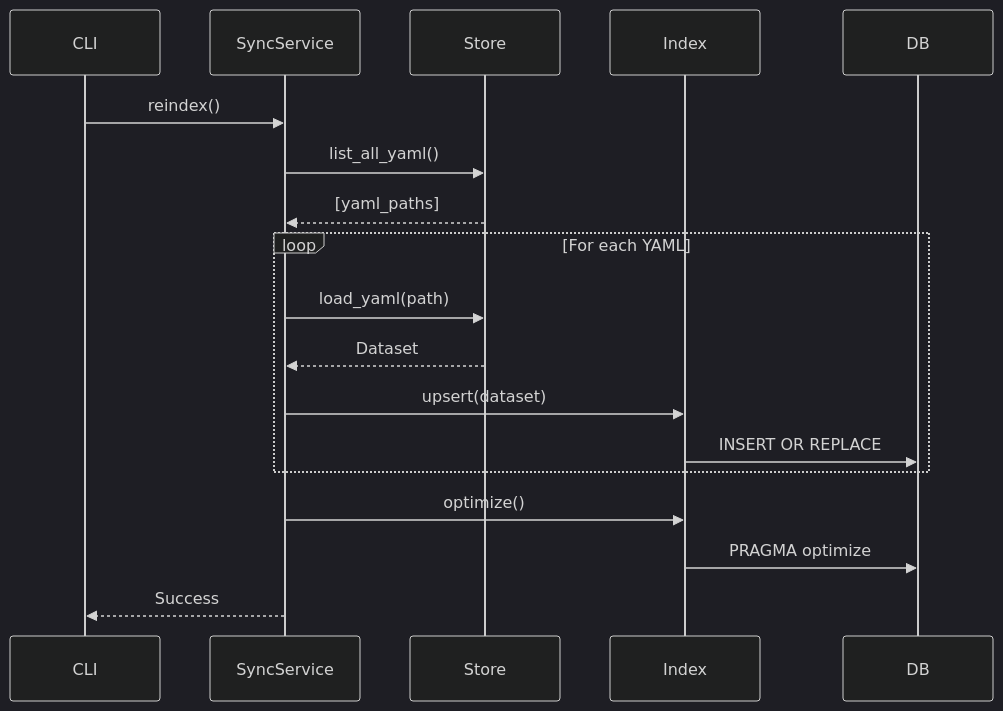
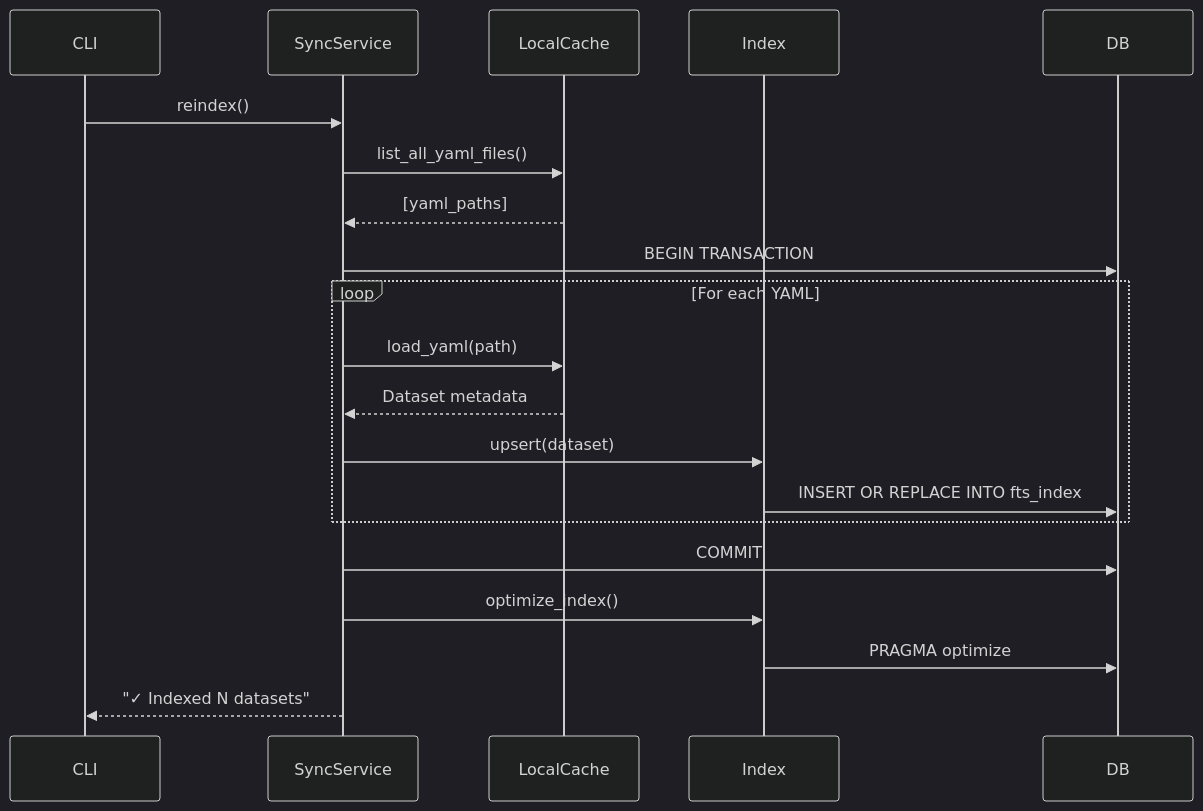
The fifth of 6 diagrams in dev-docs/architecture/overview.md (0xpix/Hei-DataHub), drawn with Mermaid (dark theme) before and after one commit. The commit also changed other lines of this file, not shown here.

Commit message:
feat: Revise system architecture overview to reflect cloud-first design and enhance clarity on core capabilities and components

````diff
--- a/dev-docs/architecture/overview.md
+++ b/dev-docs/architecture/overview.md
@@ -335,21 +439,23 @@
 ```mermaid
 sequenceDiagram
     participant CLI
     participant SyncService
-    participant Store
+    participant LocalCache
     participant Index
     participant DB
 
     CLI->>SyncService: reindex()
-    SyncService->>Store: list_all_yaml()
-    Store-->>SyncService: [yaml_paths]
+    SyncService->>LocalCache: list_all_yaml_files()
+    LocalCache-->>SyncService: [yaml_paths]
+    SyncService->>DB: BEGIN TRANSACTION
     loop For each YAML
-        SyncService->>Store: load_yaml(path)
-        Store-->>SyncService: Dataset
+        SyncService->>LocalCache: load_yaml(path)
+        LocalCache-->>SyncService: Dataset metadata
         SyncService->>Index: upsert(dataset)
-        Index->>DB: INSERT OR REPLACE
+        Index->>DB: INSERT OR REPLACE INTO fts_index
     end
-    SyncService->>Index: optimize()
+    SyncService->>DB: COMMIT
+    SyncService->>Index: optimize_index()
     Index->>DB: PRAGMA optimize
-    SyncService-->>CLI: Success
+    SyncService-->>CLI: "✓ Indexed N datasets"
 ```
````
